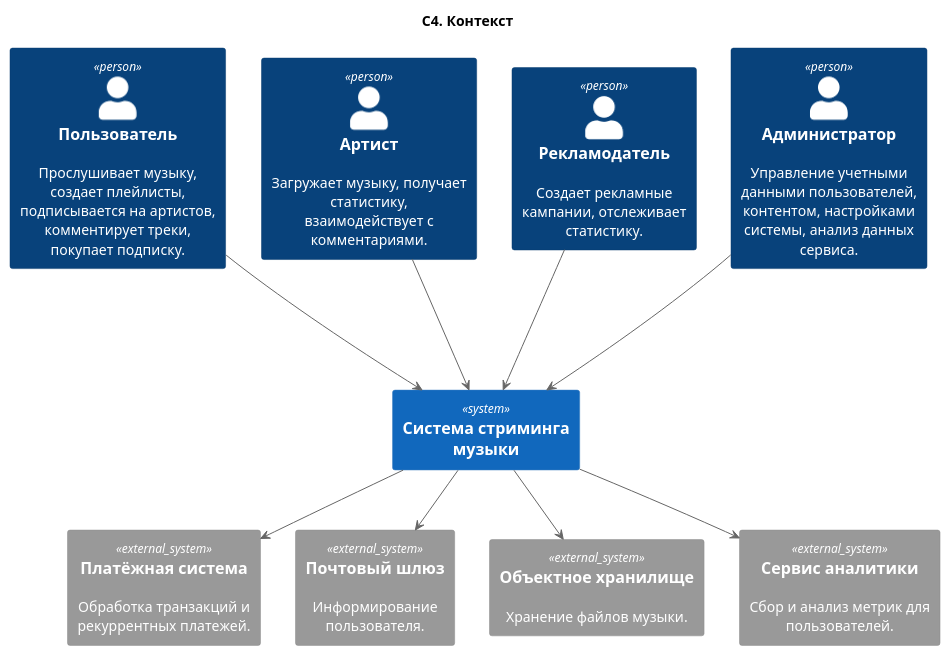
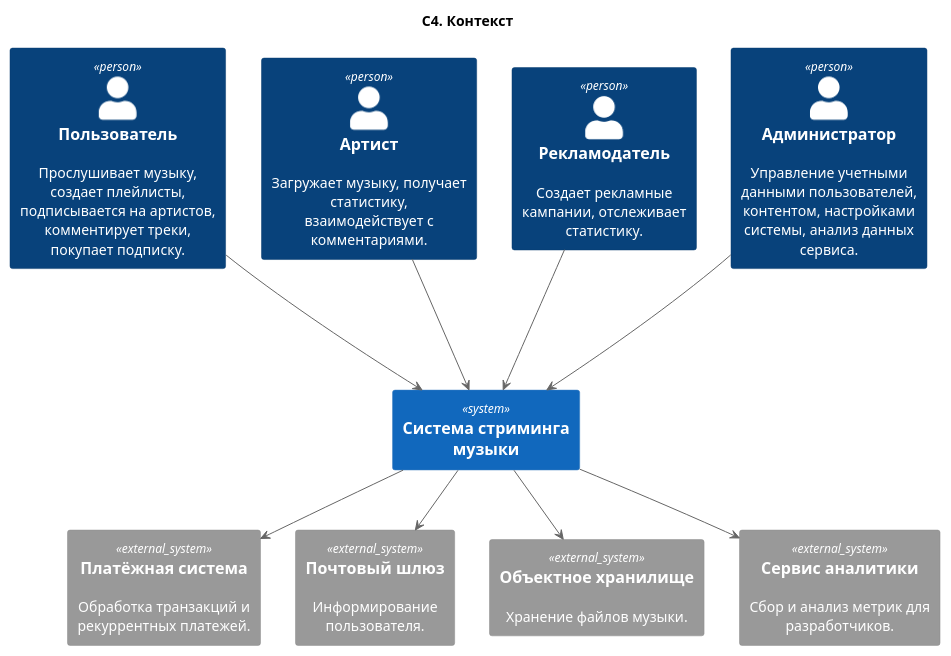
Before and after one commit to Dasha23451/Project-doc: the diagram in 2. Технический проект/context.puml, drawn with PlantUML. The commit also changed 6 other files, not shown here.

```diff
--- a/2. Технический проект/context.puml
+++ b/2. Технический проект/context.puml
@@ -1,26 +1,26 @@
 @startuml
 title "C4. Контекст"
 
 !include <C4/C4_Container>
 
 Person(user, "Пользователь", "Прослушивает музыку, создает плейлисты, подписывается на артистов, комментирует треки, покупает подписку.")
 Person(artist, "Артист", "Загружает музыку, получает статистику, взаимодействует с комментариями.")
 Person(advertiser, "Рекламодатель", "Создает рекламные кампании, отслеживает статистику.")
 Person(admin, "Администратор", "Управление учетными данными пользователей, контентом, настройками системы, анализ данных сервиса.")
 
 System(musicStreamingSystem, "Система стриминга музыки")
 user ---> musicStreamingSystem
 artist ---> musicStreamingSystem
 advertiser ---> musicStreamingSystem
 admin ---> musicStreamingSystem
 
 System_Ext(paymentSystem, "Платёжная система", "Обработка транзакций и рекуррентных платежей.")
 System_Ext(email, "Почтовый шлюз", "Информирование пользователя.")
 System_Ext(storage, "Объектное хранилище", "Хранение файлов музыки.")
-System_Ext(analytics, "Сервис аналитики", "Сбор и анализ метрик для пользователей.")
+System_Ext(analytics, "Сервис аналитики", "Сбор и анализ метрик для разработчиков.")
 
 musicStreamingSystem --> paymentSystem
 musicStreamingSystem --> email
 musicStreamingSystem --> storage
 musicStreamingSystem --> analytics
 @enduml
```
